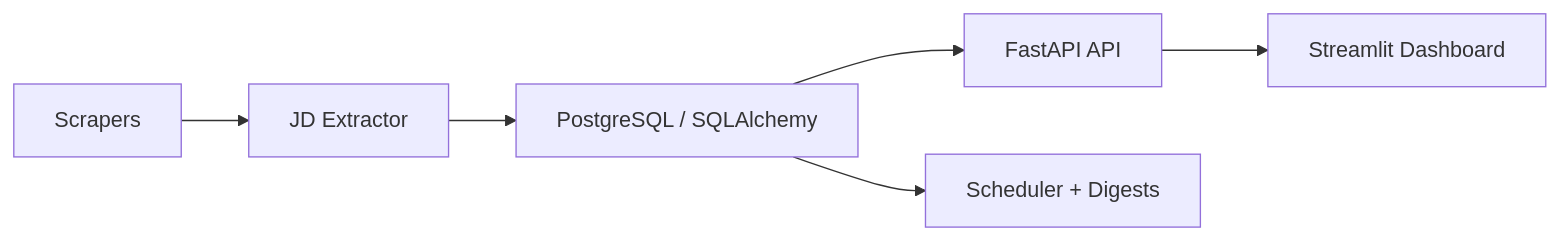
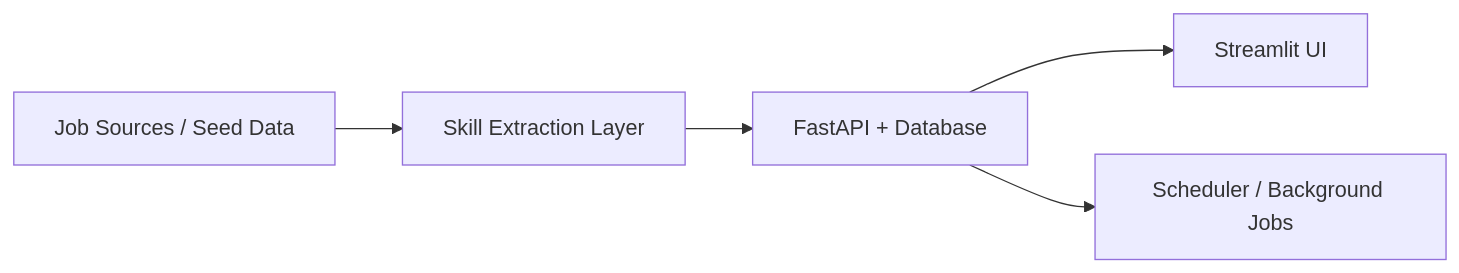
Before and after one commit to bhardwaj-yash1/skillradar: the diagram in README.md, drawn with Mermaid. The commit also changed other lines of this file, not shown here.

Commit message:
baseline MVP with FastAPI and Streamlit

````diff
--- a/README.md
+++ b/README.md
@@ -43,8 +76,7 @@
 ```mermaid
 flowchart LR
-    A["Scrapers"] --> B["JD Extractor"]
-    B --> C["PostgreSQL / SQLAlchemy"]
-    C --> D["FastAPI API"]
-    D --> E["Streamlit Dashboard"]
-    C --> F["Scheduler + Digests"]
+    A["Job Sources / Seed Data"] --> B["Skill Extraction Layer"]
+    B --> C["FastAPI + Database"]
+    C --> D["Streamlit UI"]
+    C --> E["Scheduler / Background Jobs"]
 ```
````
